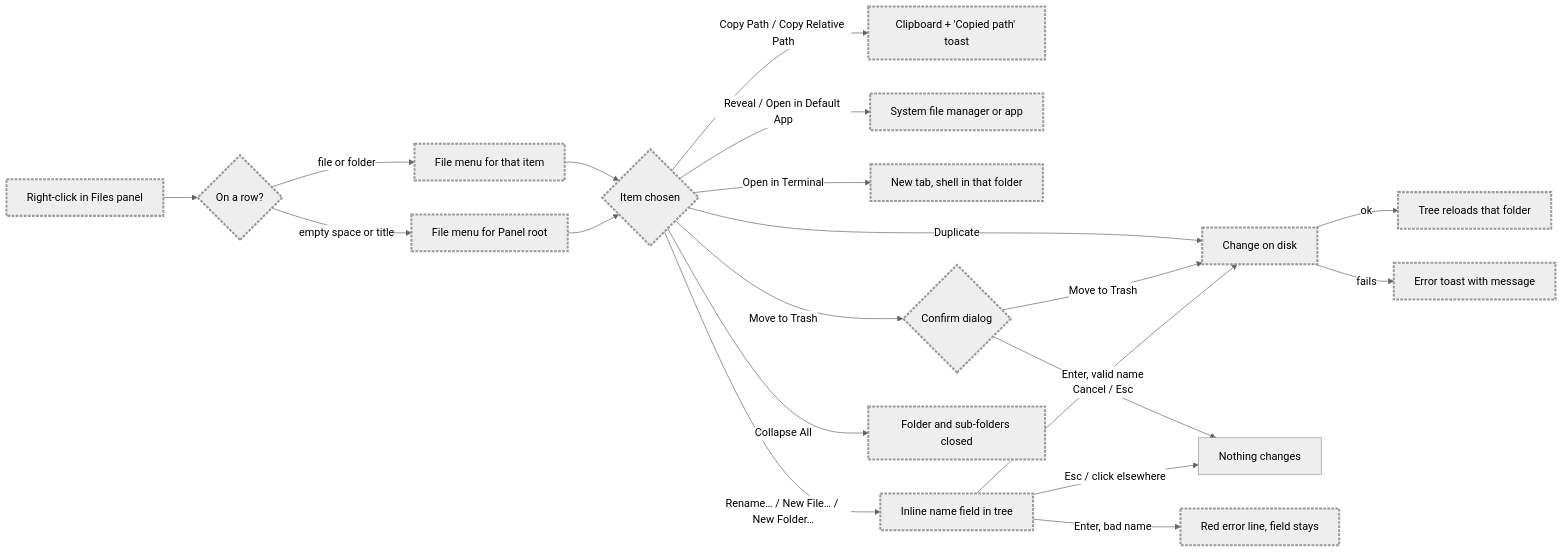
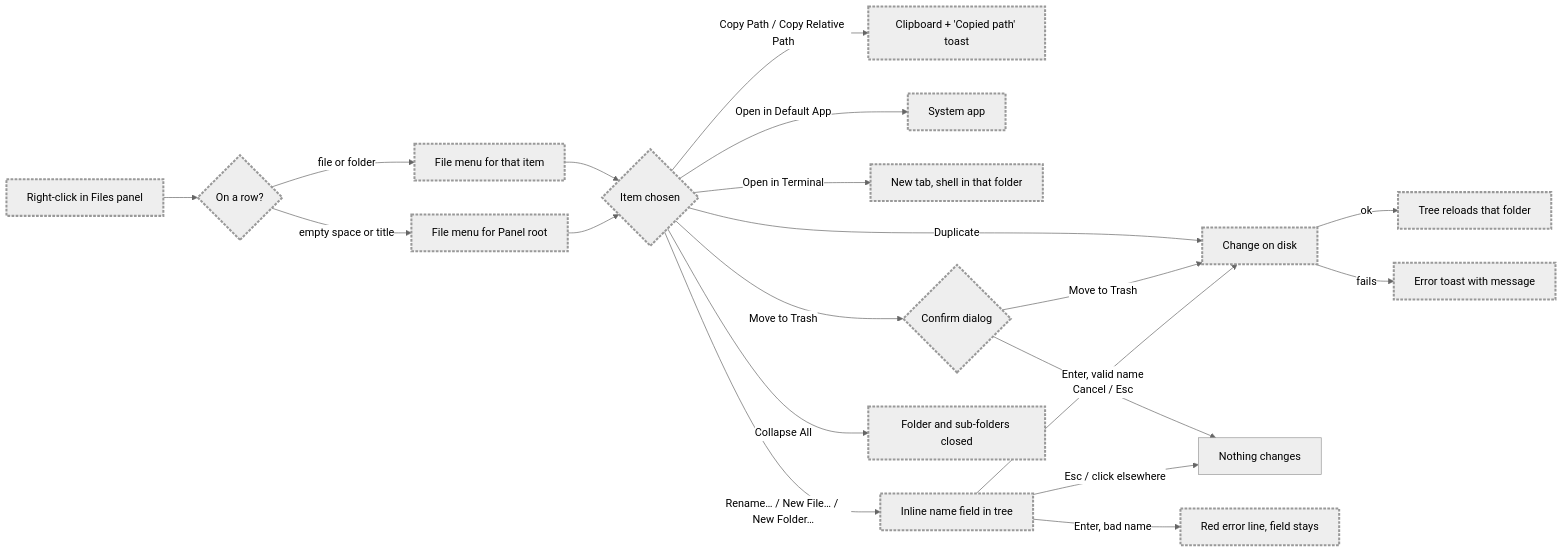
The diagram in docs/specs/file-menu.md (minhhuy1201/herdr-app), drawn with Mermaid (neutral theme) before and after one commit. The commit also changed other lines of this file and 6 other files, not shown here.

Commit message:
feat(ui): drop reveal in file manager from file menu

````diff
--- a/docs/specs/file-menu.md
+++ b/docs/specs/file-menu.md
@@ -27,23 +27,23 @@
 ```mermaid
 flowchart LR
     rclick["Right-click in Files panel"]:::new --> where{"On a row?"}:::new
     where -->|"file or folder"| menu["File menu for that item"]:::new
     where -->|"empty space or title"| rootMenu["File menu for Panel root"]:::new
     menu --> pick{"Item chosen"}:::new
     rootMenu --> pick
     pick -->|"Copy Path / Copy Relative Path"| clip["Clipboard + 'Copied path' toast"]:::new
-    pick -->|"Reveal / Open in Default App"| system["System file manager or app"]:::new
+    pick -->|"Open in Default App"| system["System app"]:::new
     pick -->|"Open in Terminal"| tab["New tab, shell in that folder"]:::new
     pick -->|"Rename… / New File… / New Folder…"| field["Inline name field in tree"]:::new
     pick -->|"Duplicate"| change["Change on disk"]:::new
     pick -->|"Move to Trash"| confirm{"Confirm dialog"}:::new
     pick -->|"Collapse All"| fold["Folder and sub-folders closed"]:::new
     confirm -->|"Move to Trash"| change
     confirm -->|"Cancel / Esc"| nothing["Nothing changes"]
     field -->|"Enter, valid name"| change
     field -->|"Enter, bad name"| error["Red error line, field stays"]:::new
     field -->|"Esc / click elsewhere"| nothing
     change -->|"ok"| tree["Tree reloads that folder"]:::new
     change -->|"fails"| toast["Error toast with message"]:::new
     classDef new stroke-width:3px,stroke-dasharray:4 2
 ```
````
